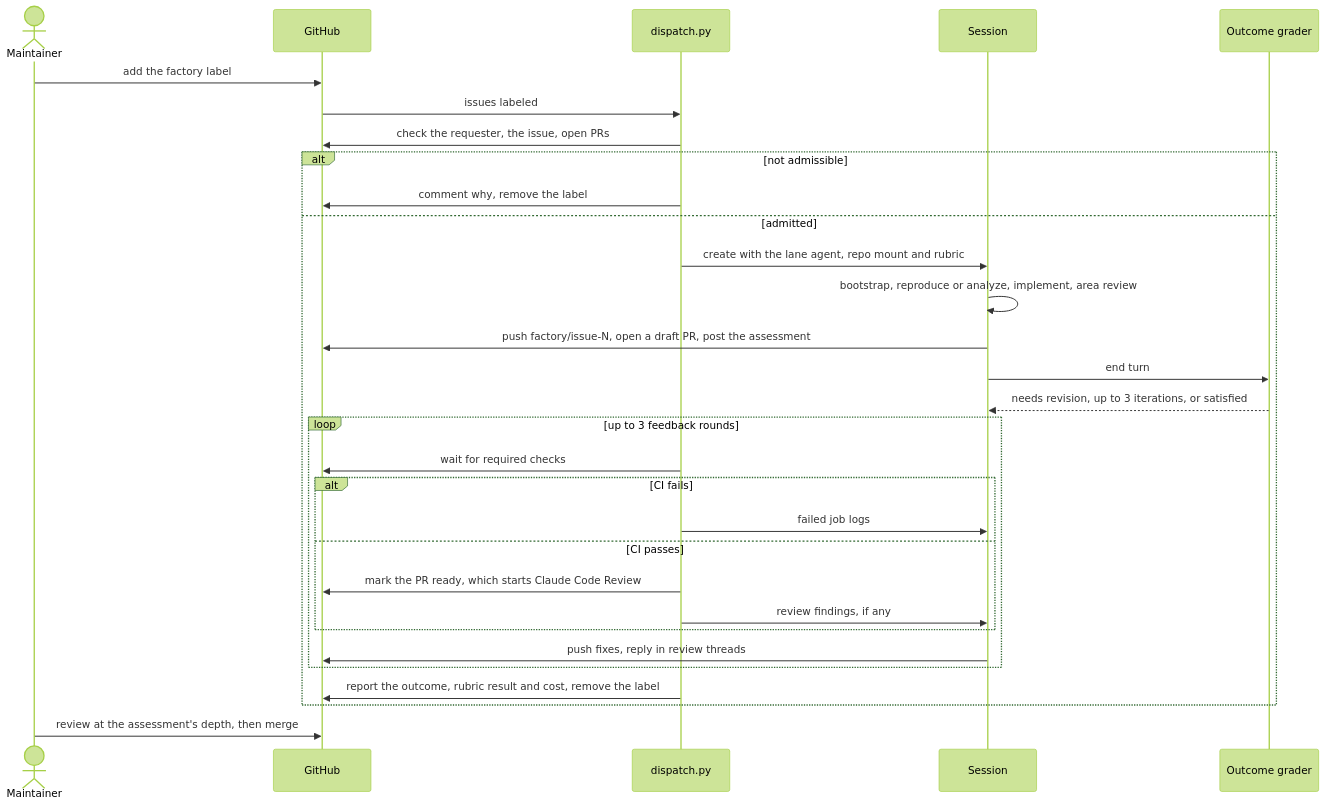
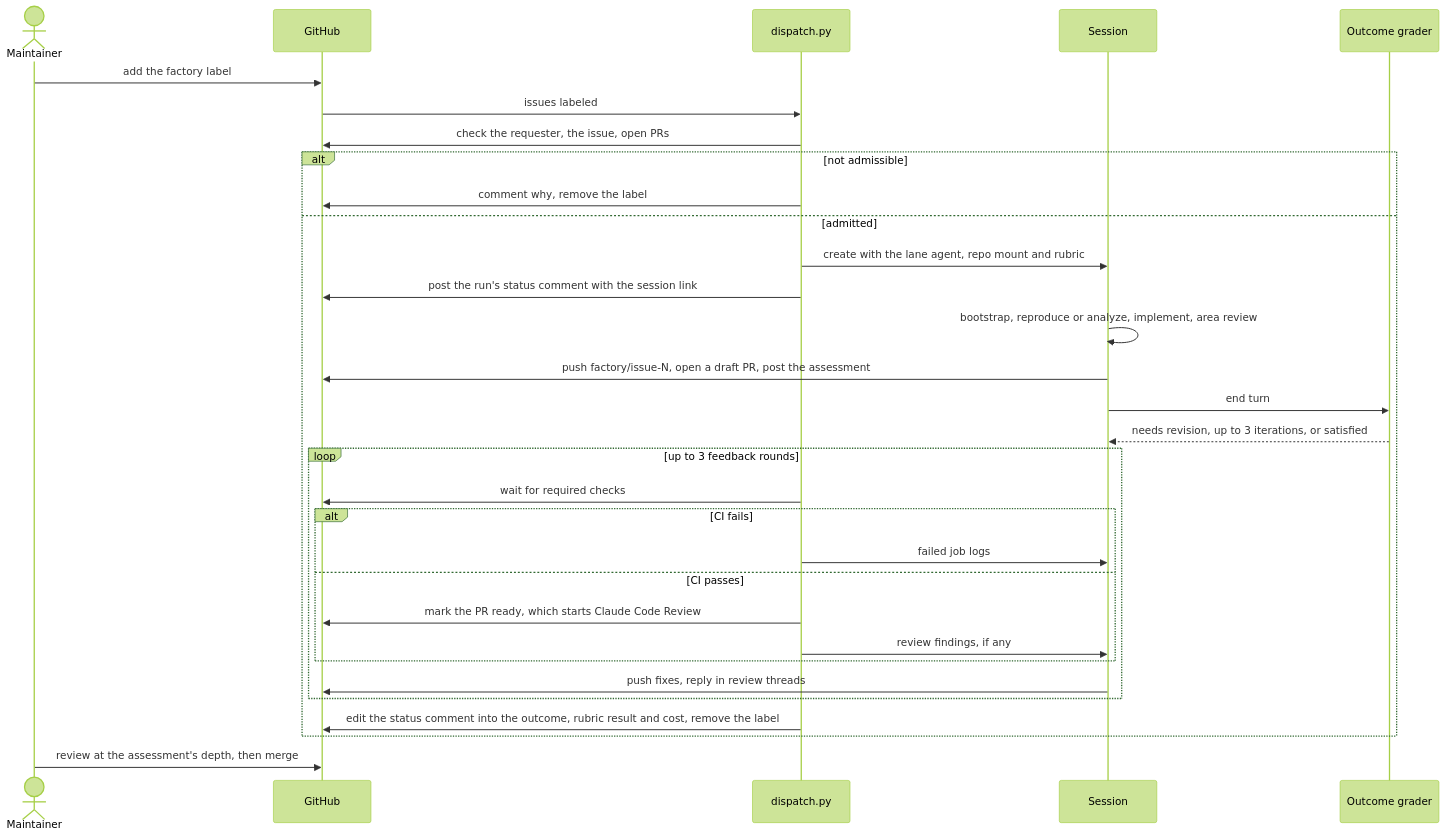
One commit to Arize-ai/phoenix changed the second of 4 diagrams in factory/README.md. Above: the diagram before and after it, drawn with Mermaid (forest theme). The commit also changed other lines of this file and 5 other files, not shown here.

First line of the commit message:
feat(factory): one status comment per run and a compact review scorecard

````diff
--- a/factory/README.md
+++ b/factory/README.md
@@ -60,33 +60,34 @@
 ```mermaid
 sequenceDiagram
   actor maintainer as Maintainer
   participant github as GitHub
   participant dispatch as dispatch.py
   participant session as Session
   participant grader as Outcome grader
 
   maintainer->>github: add the factory label
   github->>dispatch: issues labeled
   dispatch->>github: check the requester, the issue, open PRs
   alt not admissible
     dispatch->>github: comment why, remove the label
   else admitted
     dispatch->>session: create with the lane agent, repo mount and rubric
+    dispatch->>github: post the run's status comment with the session link
     session->>session: bootstrap, reproduce or analyze, implement, area review
     session->>github: push factory/issue-N, open a draft PR, post the assessment
     session->>grader: end turn
     grader-->>session: needs revision, up to 3 iterations, or satisfied
     loop up to 3 feedback rounds
       dispatch->>github: wait for required checks
       alt CI fails
         dispatch->>session: failed job logs
       else CI passes
         dispatch->>github: mark the PR ready, which starts Claude Code Review
         dispatch->>session: review findings, if any
       end
       session->>github: push fixes, reply in review threads
     end
-    dispatch->>github: report the outcome, rubric result and cost, remove the label
+    dispatch->>github: edit the status comment into the outcome, rubric result and cost, remove the label
   end
   maintainer->>github: review at the assessment's depth, then merge
 ```
````
